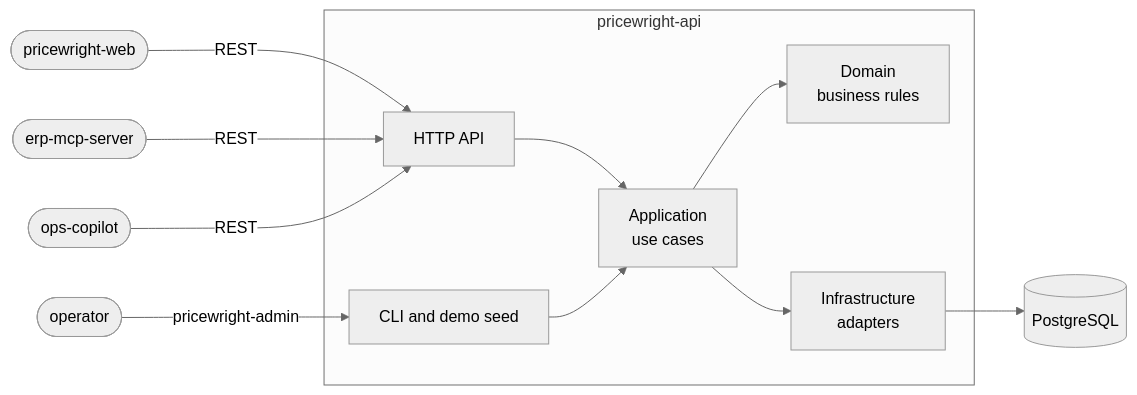
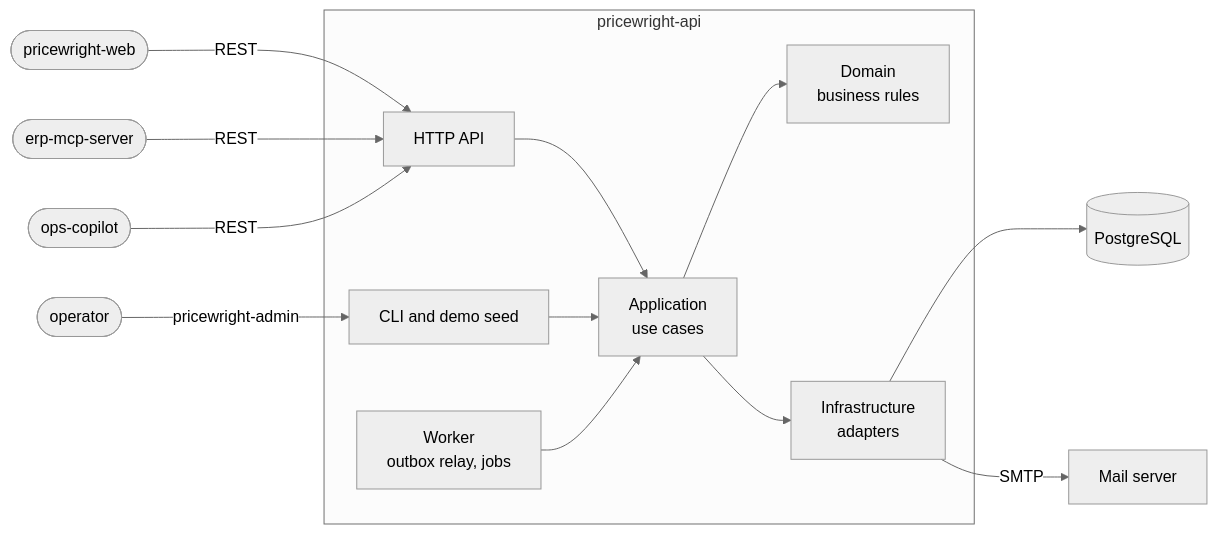
Before and after one commit to odvprogra/pricewright-api: the diagram in README.md, drawn with Mermaid (neutral theme). The commit also changed other lines of this file and 2 other files, not shown here.

Commit message:
docs: close M5 in the README, the architecture and CLAUDE.md (#95)

````diff
--- a/README.md
+++ b/README.md
@@ -139,14 +144,16 @@
 ```mermaid
 flowchart LR
     web([pricewright-web]) -->|REST| api
     mcp([erp-mcp-server]) -->|REST| api
     copilot([ops-copilot]) -->|REST| api
     operator([operator]) -->|pricewright-admin| cli
     subgraph service[pricewright-api]
         api[HTTP API] --> app[Application<br/>use cases]
         cli[CLI and demo seed] --> app
+        worker[Worker<br/>outbox relay, jobs] --> app
         app --> domain[Domain<br/>business rules]
         app --> infra[Infrastructure<br/>adapters]
     end
     infra --> db[(PostgreSQL)]
+    infra -->|SMTP| mail[Mail server]
 ```
````
